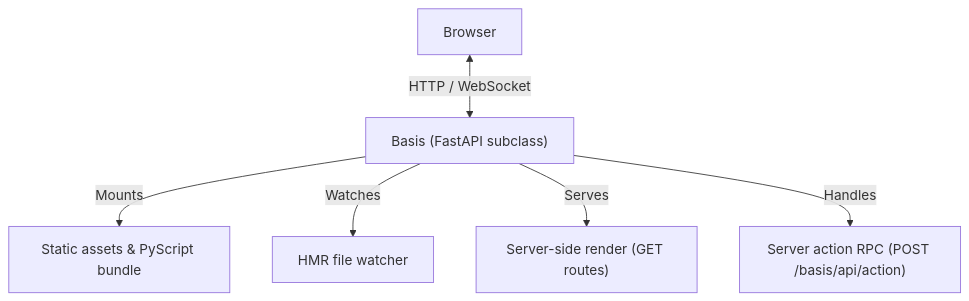
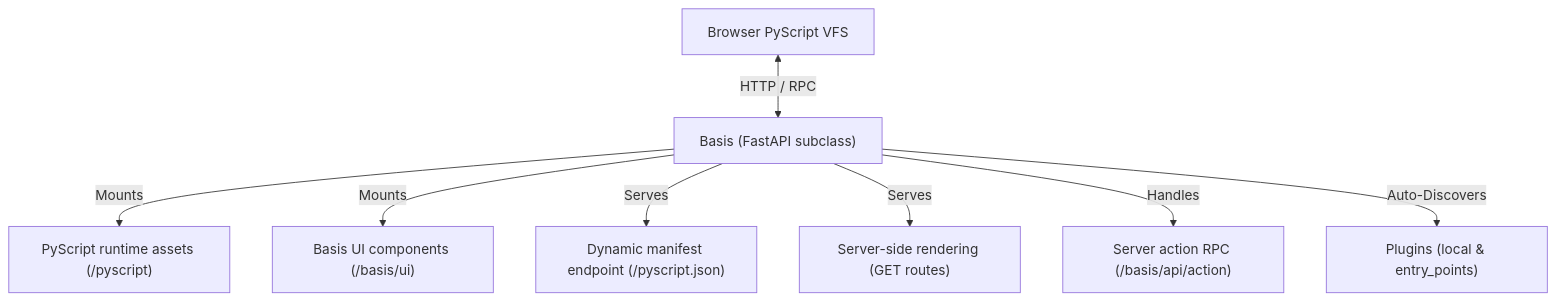
Before and after one commit to bassio/basis: the diagram in docs/03_server/basis-app.md, drawn with Mermaid. The commit also changed other lines of this file and 17 other files, not shown here.

````diff
--- a/docs/03_server/basis-app.md
+++ b/docs/03_server/basis-app.md
@@ -9,8 +9,10 @@
 ```mermaid
 graph TD
-    Client[Browser] <-->|HTTP / WebSocket| BasisApp["Basis (FastAPI subclass)"]
-    BasisApp -->|Mounts| StaticFiles["Static assets & PyScript bundle"]
-    BasisApp -->|Watches| Watcher["HMR file watcher"]
-    BasisApp -->|Serves| SSR["Server-side render (GET routes)"]
-    BasisApp -->|Handles| Actions["Server action RPC (POST /basis/api/action)"]
+    Client[Browser PyScript VFS] <-->|HTTP / RPC| BasisApp["Basis (FastAPI subclass)"]
+    BasisApp -->|Mounts| OfflinePyScript["PyScript runtime assets (/pyscript)"]
+    BasisApp -->|Mounts| UIComponents["Basis UI components (/basis/ui)"]
+    BasisApp -->|Serves| Manifest["Dynamic manifest endpoint (/pyscript.json)"]
+    BasisApp -->|Serves| SSR["Server-side rendering (GET routes)"]
+    BasisApp -->|Handles| Actions["Server action RPC (/basis/api/action)"]
+    BasisApp -->|Auto-Discovers| Plugins["Plugins (local & entry_points)"]
 ```
````
